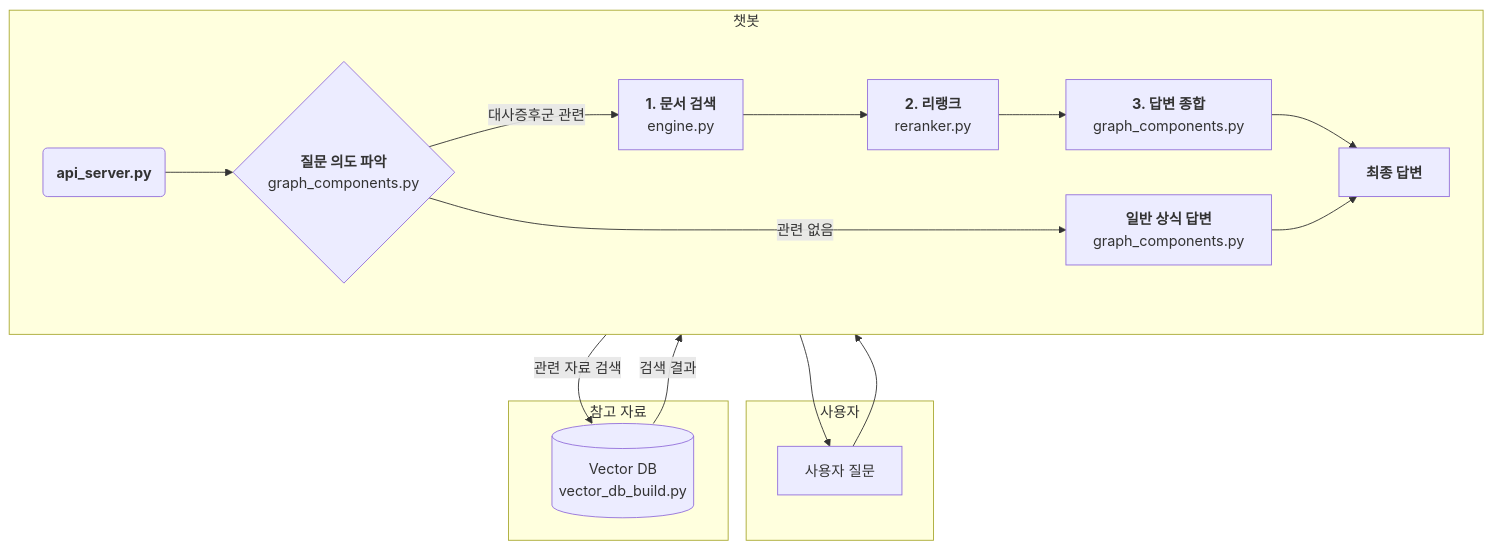
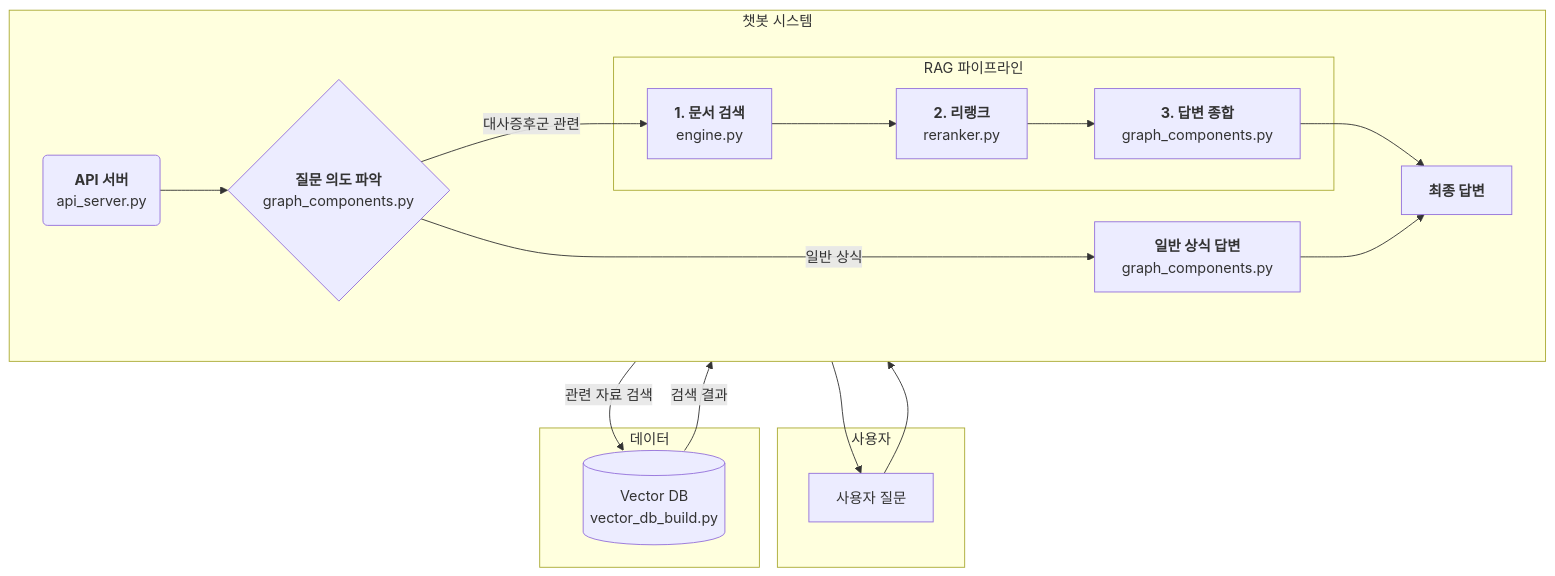
Before and after one commit to pakyeon/rag-metabolic-syndrome-chatbot: the diagram in README.md, drawn with Mermaid. The commit also changed other lines of this file, not shown here.

````diff
--- a/README.md
+++ b/README.md
@@ -125,32 +37,34 @@
 ```mermaid
 graph TD
     subgraph "사용자"
         Q[사용자 질문]
     end
 
-    subgraph "챗봇"
-        A(<b>api_server.py</b>)
+    subgraph "챗봇 시스템"
+        A(<b>API 서버</b><br/>api_server.py)
         B{<B>질문 의도 파악</B><br/>graph_components.py};
         
         direction LR
-        C[<B>1. 문서 검색</B><br/>engine.py] --> D[<B>2. 리랭크</B><br/>reranker.py] --> E[<B>3. 답변 종합</B><br/>graph_components.py];
+        subgraph "RAG 파이프라인"
+            C[<B>1. 문서 검색</B><br/>engine.py] --> D[<B>2. 리랭크</B><br/>reranker.py] --> E[<B>3. 답변 종합</B><br/>graph_components.py];
+        end
 
         F[<B>일반 상식 답변</B><br/>graph_components.py]
         G[<B>최종 답변</B>]
     end
 
-    subgraph "참고 자료"
+    subgraph "데이터"
       DB[(Vector DB<br/>vector_db_build.py)]
     end
 
-    %% --- 연결 관계 정의 ---
+    %% --- 연결 관계 ---
     Q --> A;
     A --> B;
-    B -- 대사증후군 관련 --> C;
-    C -- 관련 자료 검색 --> DB;
-    DB -- 검색 결과 --> C
+    B -- "대사증후군 관련" --> C;
+    C -- "관련 자료 검색" --> DB;
+    DB -- "검색 결과" --> C
     E --> G;
-    B -- 관련 없음 --> F;
+    B -- "일반 상식" --> F;
     F --> G;
     G --> Q;
 ```
````
